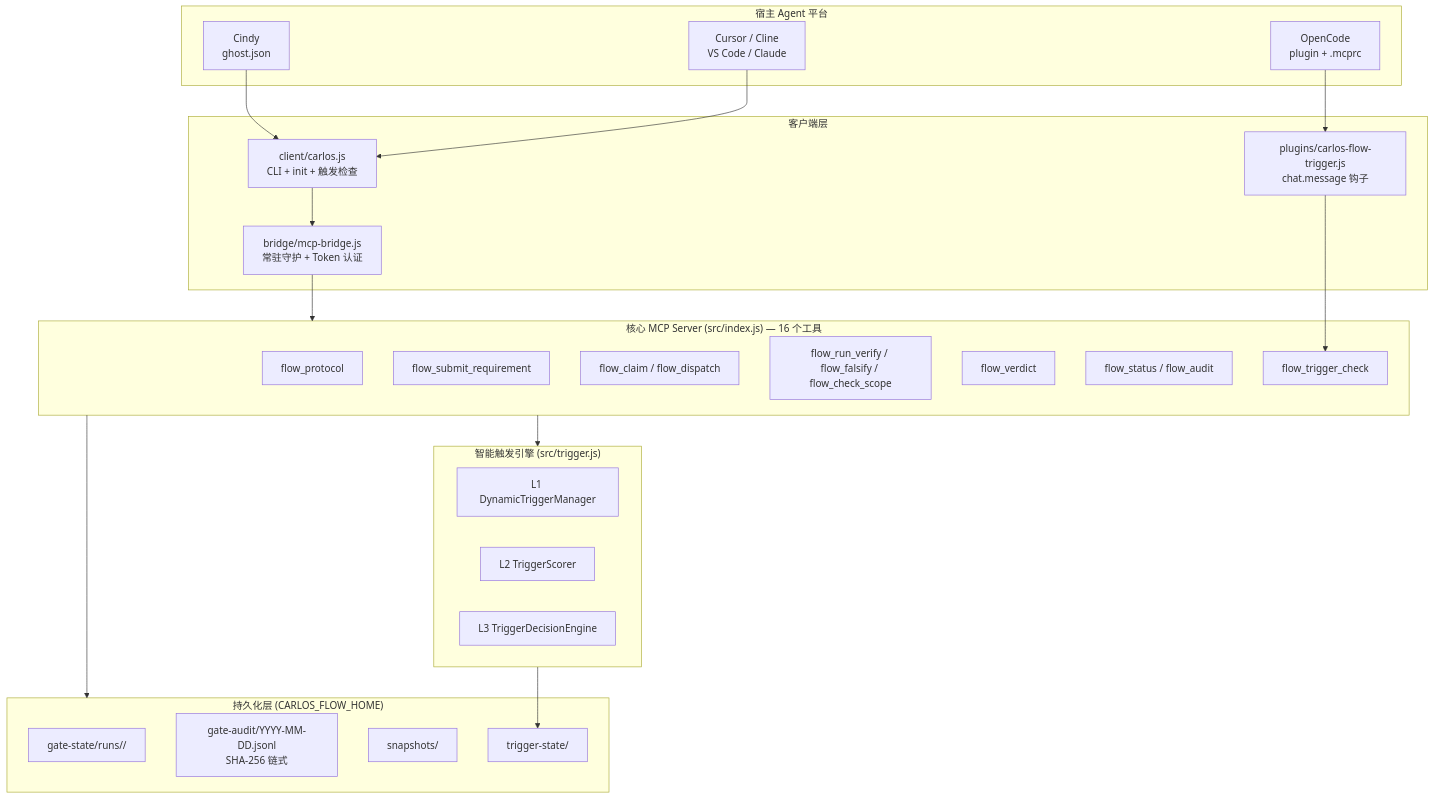
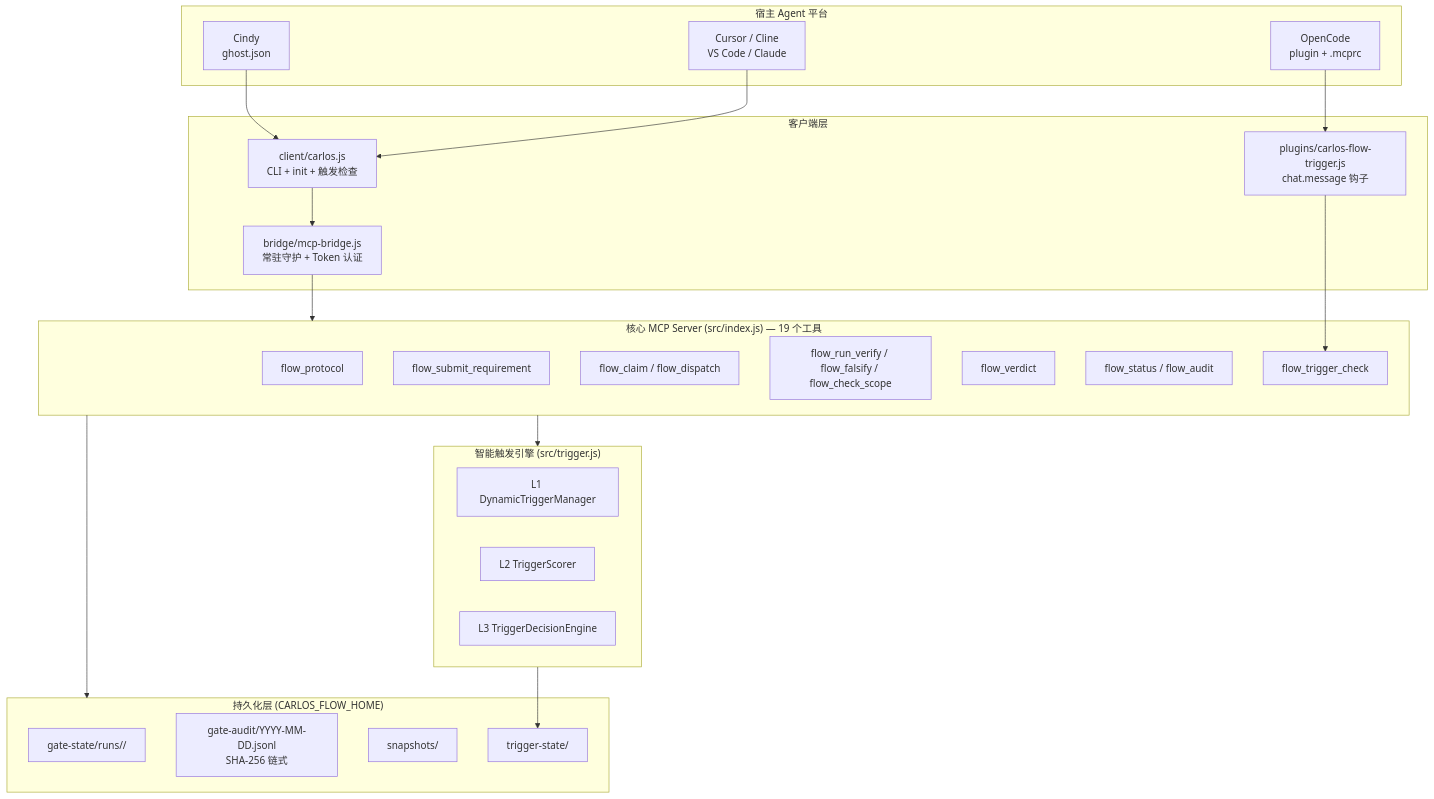
Before and after one commit to skyer-now/carlos-flow: the diagram in README.md, drawn with Mermaid. The commit also changed other lines of this file and 15 other files, not shown here.

````diff
--- a/README.md
+++ b/README.md
@@ -112,47 +112,47 @@
 ```mermaid
 flowchart TB
     subgraph Host["宿主 Agent 平台"]
         Cindy[Cindy<br/>ghost.json]
         OpenCode[OpenCode<br/>plugin + .mcprc]
         Cursor[Cursor / Cline<br/>VS Code / Claude]
     end
 
     subgraph Client["客户端层"]
         CLI["client/carlos.js<br/>CLI + init + 触发检查"]
         Bridge["bridge/mcp-bridge.js<br/>常驻守护 + Token 认证"]
         Plugin["plugins/carlos-flow-trigger.js<br/>chat.message 钩子"]
     end
 
-    subgraph Core["核心 MCP Server (src/index.js) — 16 个工具"]
+    subgraph Core["核心 MCP Server (src/index.js) — 19 个工具"]
         Protocol["flow_protocol"]
         Submit["flow_submit_requirement"]
         Dispatch["flow_claim / flow_dispatch"]
         Verify["flow_run_verify / flow_falsify / flow_check_scope"]
         Verdict["flow_verdict"]
         Audit["flow_status / flow_audit"]
         Trigger["flow_trigger_check"]
     end
 
     subgraph Engine["智能触发引擎 (src/trigger.js)"]
         L1["L1 DynamicTriggerManager"]
         L2["L2 TriggerScorer"]
         L3["L3 TriggerDecisionEngine"]
     end
 
     subgraph Storage["持久化层 (CARLOS_FLOW_HOME)"]
         State["gate-state/runs/<sid>/"]
         AuditLog["gate-audit/YYYY-MM-DD.jsonl<br/>SHA-256 链式"]
         Snap["snapshots/"]
         TrigState["trigger-state/"]
     end
 
     Cindy --> CLI
     OpenCode --> Plugin
     Cursor --> CLI
     Plugin --> Trigger
     CLI --> Bridge
     Bridge --> Core
     Core --> Engine
     Core --> Storage
     Engine --> TrigState
 ```
````
